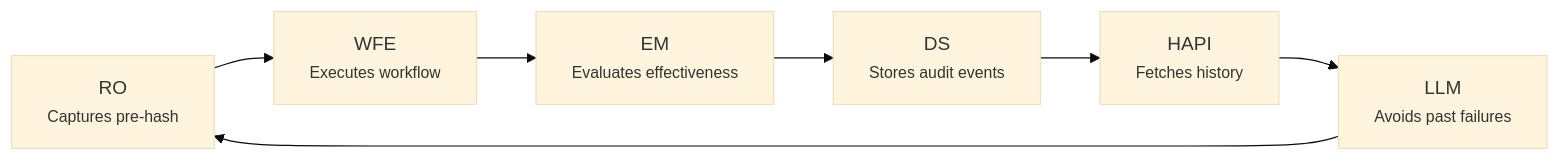
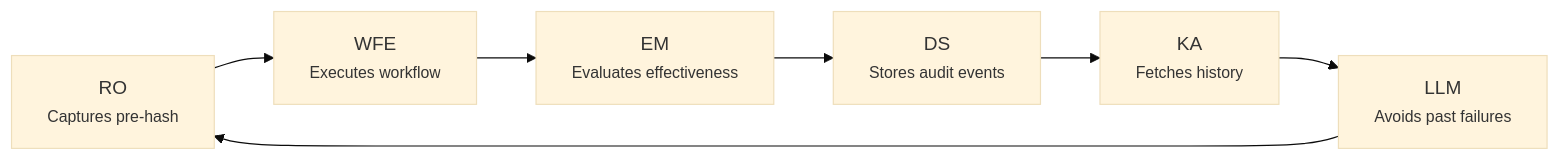
Before and after one commit to jordigilh/kubernaut-docs: the second of 2 diagrams in docs/user-guide/effectiveness.md, drawn with Mermaid (base theme). The commit also changed other lines of this file and 58 other files, not shown here.

````diff
--- a/docs/user-guide/effectiveness.md
+++ b/docs/user-guide/effectiveness.md
@@ -63,9 +73,9 @@
 ```mermaid
 flowchart LR
     RO["RO<br/><small>Captures pre-hash</small>"] --> WFE["WFE<br/><small>Executes workflow</small>"]
     WFE --> EM["EM<br/><small>Evaluates effectiveness</small>"]
     EM --> DS["DS<br/><small>Stores audit events</small>"]
-    DS --> HAPI["HAPI<br/><small>Fetches history</small>"]
-    HAPI --> LLM["LLM<br/><small>Avoids past failures</small>"]
+    DS --> KA["KA<br/><small>Fetches history</small>"]
+    KA --> LLM["LLM<br/><small>Avoids past failures</small>"]
     LLM --> RO
 ```
````
